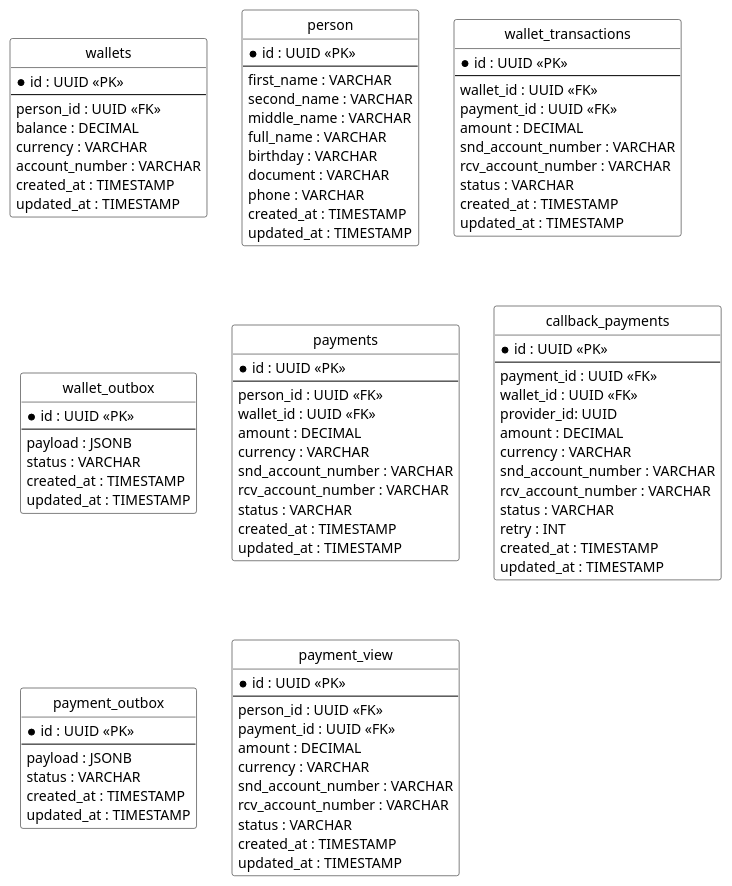
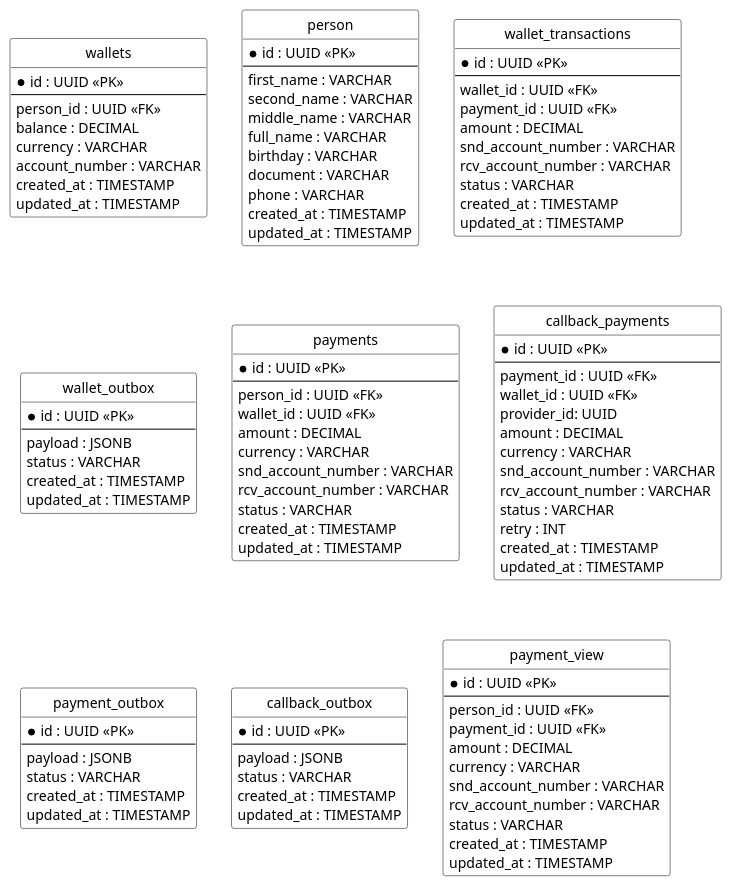
One commit to vaneks/System-design changed the diagram in task2/Erd.puml. Above: the diagram before and after it, drawn with PlantUML.

```diff
--- a/task2/Erd.puml
+++ b/task2/Erd.puml
@@ -1,115 +1,124 @@
 @startuml
 
 hide circle
 hide methods
 skinparam linetype ortho
 skinparam class {
   BackgroundColor White
   ArrowColor Black
   BorderColor Black
 }
 
 
 entity "wallets" {
   * id : UUID <<PK>>
   --
   person_id : UUID <<FK>>
   balance : DECIMAL
   currency : VARCHAR
   account_number : VARCHAR
   created_at : TIMESTAMP
   updated_at : TIMESTAMP
 }
 
 entity "person" {
   * id : UUID <<PK>>
   --
   first_name : VARCHAR
   second_name : VARCHAR
   middle_name : VARCHAR
   full_name : VARCHAR
   birthday : VARCHAR
   document : VARCHAR
   phone : VARCHAR
   created_at : TIMESTAMP
   updated_at : TIMESTAMP
 }
 
 entity "wallet_transactions" {
   * id : UUID <<PK>>
   --
   wallet_id : UUID <<FK>>
   payment_id : UUID <<FK>>
   amount : DECIMAL
   snd_account_number : VARCHAR
   rcv_account_number : VARCHAR
   status : VARCHAR
   created_at : TIMESTAMP
   updated_at : TIMESTAMP
 }
 
 entity "wallet_outbox" {
   * id : UUID <<PK>>
   --
   payload : JSONB
   status : VARCHAR
   created_at : TIMESTAMP
   updated_at : TIMESTAMP
 }
 
 entity "payments" {
   * id : UUID <<PK>>
   --
   person_id : UUID <<FK>>
   wallet_id : UUID <<FK>>
   amount : DECIMAL
   currency : VARCHAR
   snd_account_number : VARCHAR
   rcv_account_number : VARCHAR
   status : VARCHAR
   created_at : TIMESTAMP
   updated_at : TIMESTAMP
 }
 
 entity "callback_payments" {
   * id : UUID <<PK>>
   --
   payment_id : UUID <<FK>>
   wallet_id : UUID <<FK>>
   provider_id: UUID
   amount : DECIMAL
   currency : VARCHAR
   snd_account_number : VARCHAR
   rcv_account_number : VARCHAR
   status : VARCHAR
   retry : INT
   created_at : TIMESTAMP
   updated_at : TIMESTAMP
 }
 
 entity "payment_outbox" {
   * id : UUID <<PK>>
   --
   payload : JSONB
   status : VARCHAR
   created_at : TIMESTAMP
   updated_at : TIMESTAMP
 }
 
+entity "callback_outbox" {
+  * id : UUID <<PK>>
+  --
+  payload : JSONB
+  status : VARCHAR
+  created_at : TIMESTAMP
+  updated_at : TIMESTAMP
+}
+
 entity "payment_view" {
   * id : UUID <<PK>>
   --
   person_id : UUID <<FK>>
   payment_id : UUID <<FK>>
   amount : DECIMAL
   currency : VARCHAR
   snd_account_number : VARCHAR
   rcv_account_number : VARCHAR
   status : VARCHAR
   created_at : TIMESTAMP
   updated_at : TIMESTAMP
 }
 
 
 
 @enduml
```
